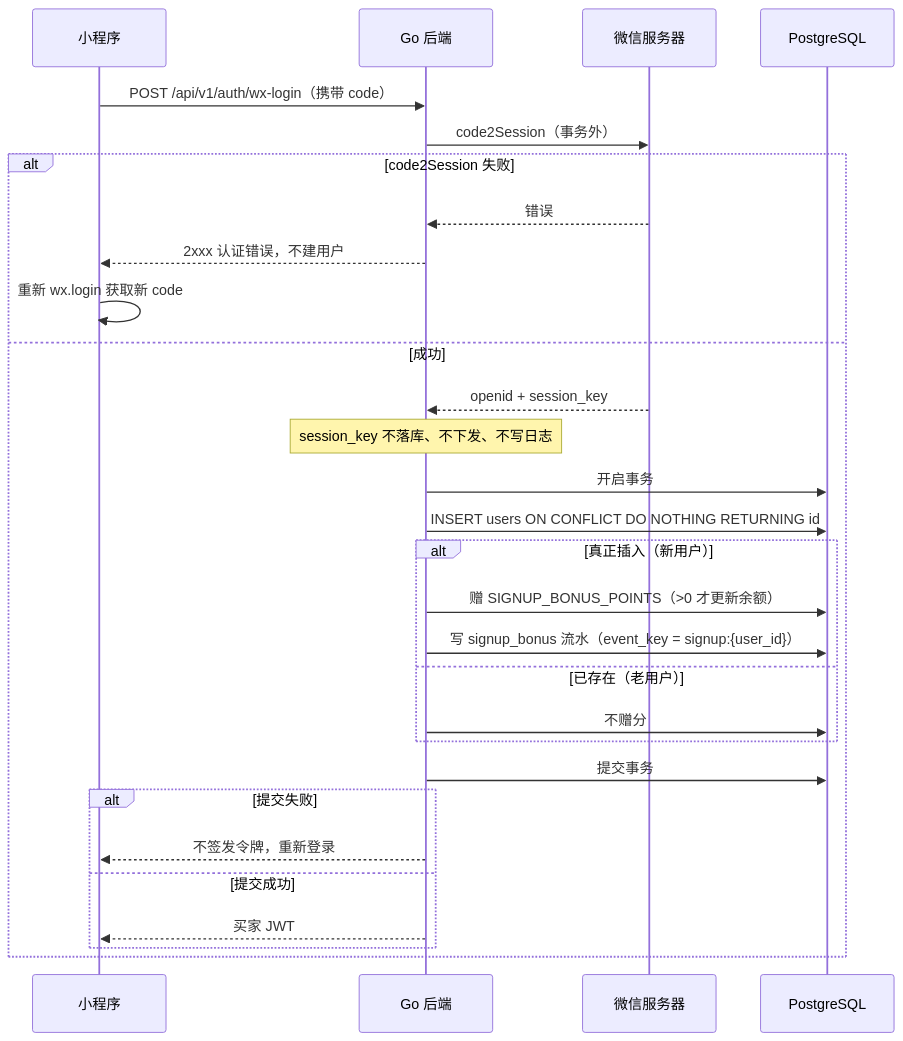
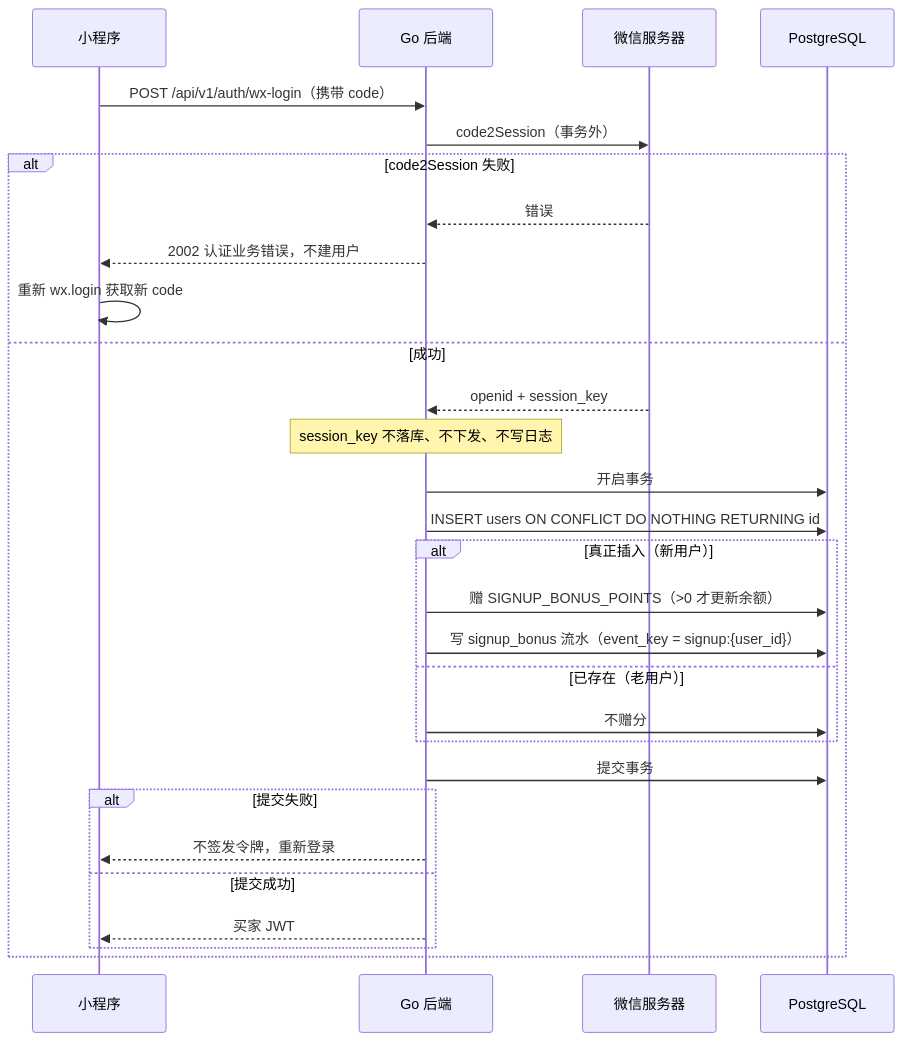
One commit to RBowind/shop-mall changed the first of 6 diagrams in docs/tech-specs/flows.md. Above: the diagram before and after it, drawn with Mermaid. The commit also changed other lines of this file and 46 other files, not shown here.

````diff
--- a/docs/tech-specs/flows.md
+++ b/docs/tech-specs/flows.md
@@ -20,32 +22,32 @@
 ```mermaid
 sequenceDiagram
     participant M as 小程序
     participant B as Go 后端
     participant W as 微信服务器
     participant DB as PostgreSQL
 
     M->>B: POST /api/v1/auth/wx-login（携带 code）
     B->>W: code2Session（事务外）
     alt code2Session 失败
         W-->>B: 错误
-        B-->>M: 2xxx 认证错误，不建用户
+        B-->>M: 2002 认证业务错误，不建用户
         M->>M: 重新 wx.login 获取新 code
     else 成功
         W-->>B: openid + session_key
         Note over B: session_key 不落库、不下发、不写日志
         B->>DB: 开启事务
         B->>DB: INSERT users ON CONFLICT DO NOTHING RETURNING id
         alt 真正插入（新用户）
             B->>DB: 赠 SIGNUP_BONUS_POINTS（>0 才更新余额）
             B->>DB: 写 signup_bonus 流水（event_key = signup:{user_id}）
         else 已存在（老用户）
             B->>DB: 不赠分
         end
         B->>DB: 提交事务
         alt 提交失败
             B-->>M: 不签发令牌，重新登录
         else 提交成功
             B-->>M: 买家 JWT
         end
     end
 ```
````
